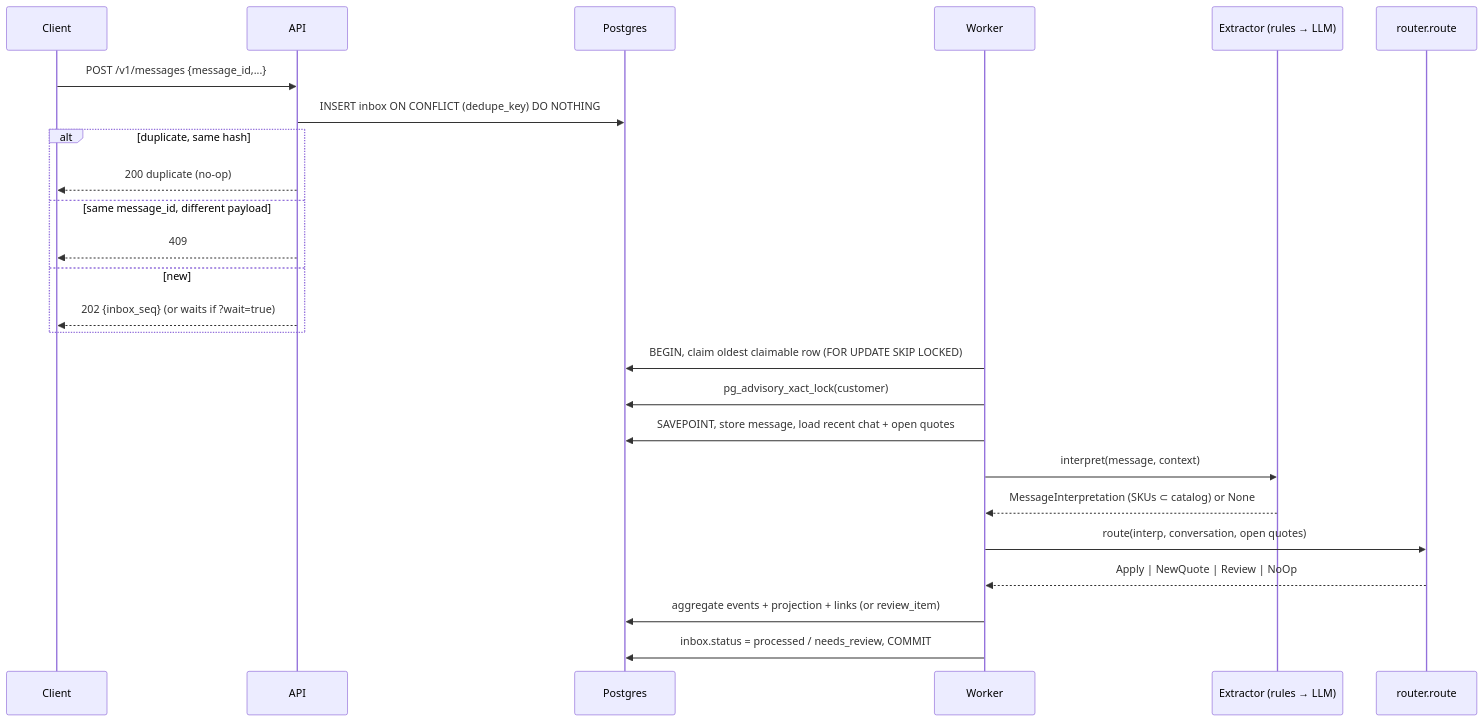
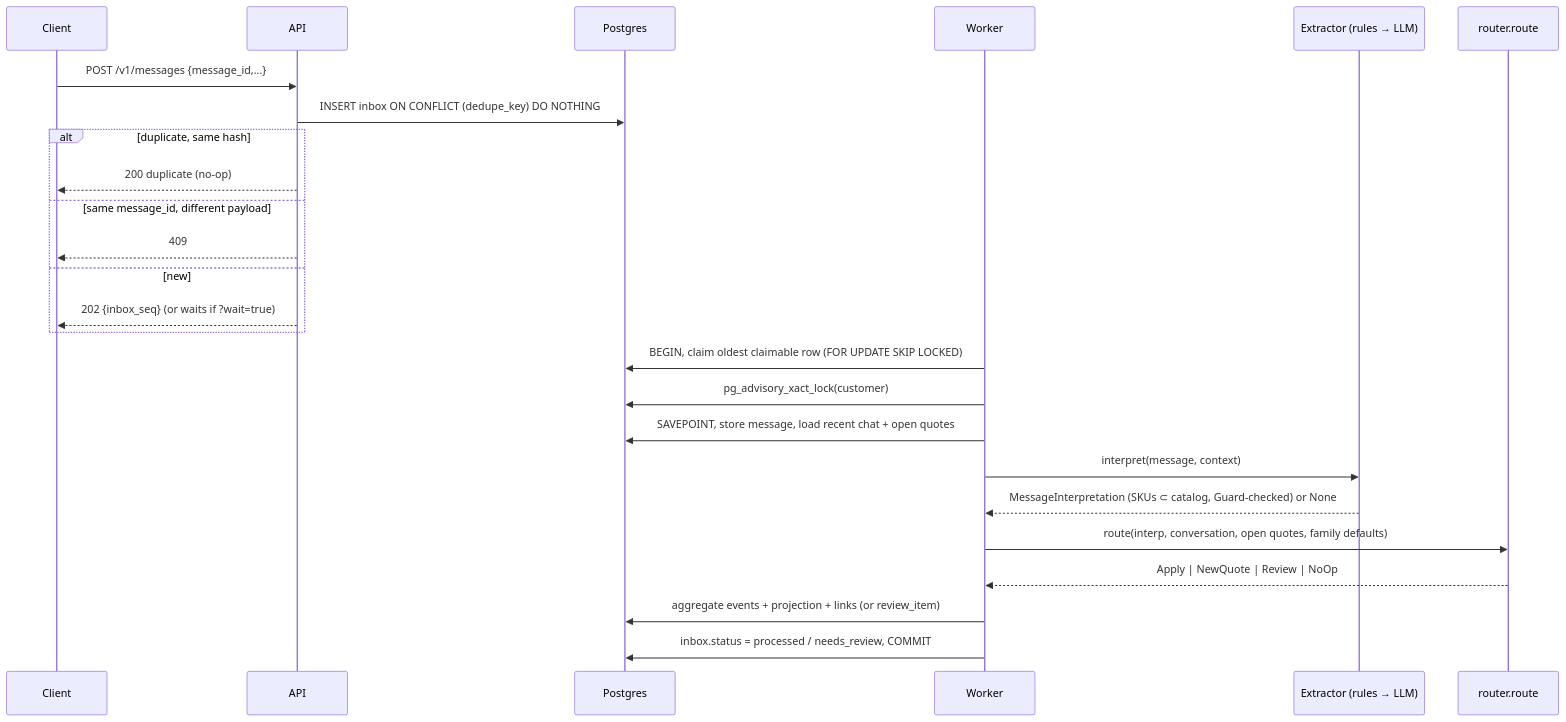
Before and after one commit to gsmkev/quote-engine: the fourth of 4 diagrams in docs/HLD.md, drawn with Mermaid. The commit also changed other lines of this file and 3 other files, not shown here.

````diff
--- a/docs/HLD.md
+++ b/docs/HLD.md
@@ -116,27 +122,27 @@
 ```mermaid
 sequenceDiagram
   participant C as Client
   participant A as API
   participant DB as Postgres
   participant W as Worker
   participant X as Extractor (rules → LLM)
   participant R as router.route
   C->>A: POST /v1/messages {message_id,...}
   A->>DB: INSERT inbox ON CONFLICT (dedupe_key) DO NOTHING
   alt duplicate, same hash
     A-->>C: 200 duplicate (no-op)
   else same message_id, different payload
     A-->>C: 409
   else new
     A-->>C: 202 {inbox_seq} (or waits if ?wait=true)
   end
   W->>DB: BEGIN, claim oldest claimable row (FOR UPDATE SKIP LOCKED)
   W->>DB: pg_advisory_xact_lock(customer)
   W->>DB: SAVEPOINT, store message, load recent chat + open quotes
   W->>X: interpret(message, context)
-  X-->>W: MessageInterpretation (SKUs ⊂ catalog) or None
-  W->>R: route(interp, conversation, open quotes)
+  X-->>W: MessageInterpretation (SKUs ⊂ catalog, Guard-checked) or None
+  W->>R: route(interp, conversation, open quotes, family defaults)
   R-->>W: Apply | NewQuote | Review | NoOp
   W->>DB: aggregate events + projection + links (or review_item)
   W->>DB: inbox.status = processed / needs_review, COMMIT
 ```
````
